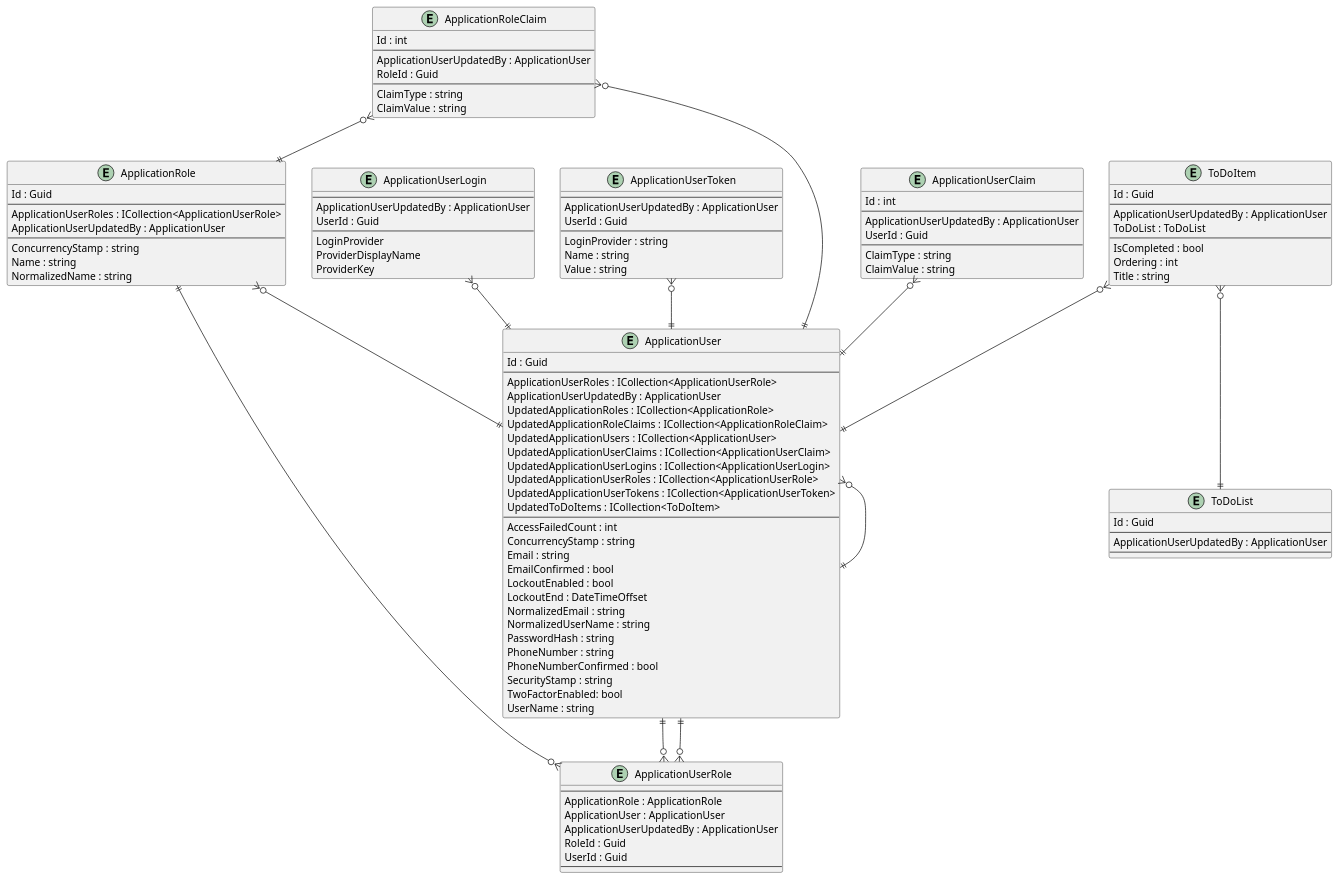
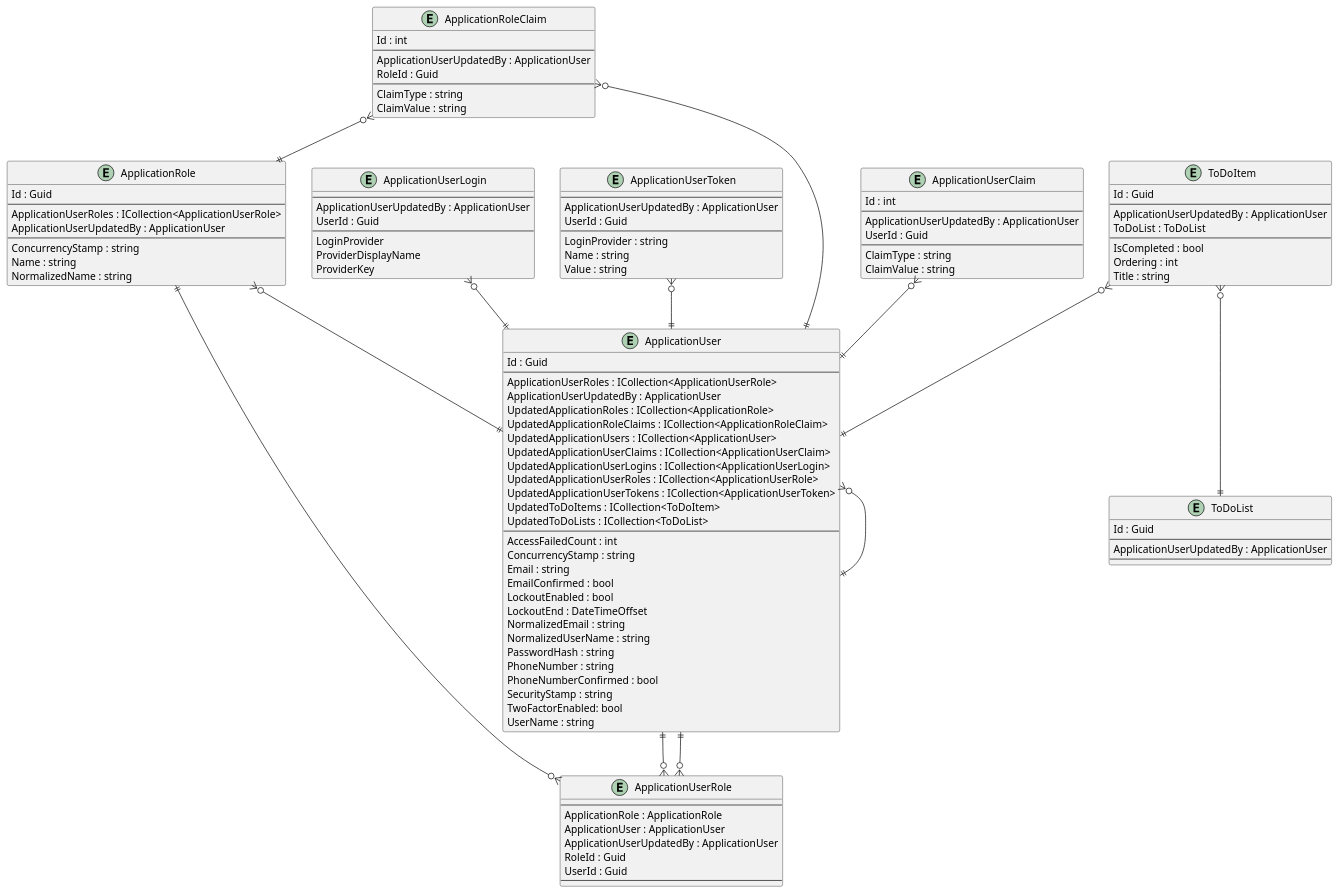
Before and after one commit to intrepion/intrepion_to-do_web_blazor: the diagram in .docs/Intrepion.ToDo.pu, drawn with PlantUML.

Commit message:
gawk -i inplace "{ gsub(/' ApplicationUserKeyCodePlaceholder/, \"UpdatedToDoLists : ICollection<ToDoList>\n\ \ \ \ ' ApplicationUserKeyCodePlaceholder\") }; { print }" .docs/Intrepion.ToDo.pu

```diff
--- a/.docs/Intrepion.ToDo.pu
+++ b/.docs/Intrepion.ToDo.pu
@@ -1,134 +1,135 @@
 @startuml
 
 entity ApplicationRole {
     Id : Guid
     --
     ApplicationUserRoles : ICollection<ApplicationUserRole>
     ApplicationUserUpdatedBy : ApplicationUser
     --
     ConcurrencyStamp : string
     Name : string
     NormalizedName : string
 }
 
 entity ApplicationRoleClaim {
     Id : int
     --
     ApplicationUserUpdatedBy : ApplicationUser
     RoleId : Guid
     --
     ClaimType : string
     ClaimValue : string
 }
 
 entity ApplicationUser {
     Id : Guid
     --
     ApplicationUserRoles : ICollection<ApplicationUserRole>
     ApplicationUserUpdatedBy : ApplicationUser
     UpdatedApplicationRoles : ICollection<ApplicationRole>
     UpdatedApplicationRoleClaims : ICollection<ApplicationRoleClaim>
     UpdatedApplicationUsers : ICollection<ApplicationUser>
     UpdatedApplicationUserClaims : ICollection<ApplicationUserClaim>
     UpdatedApplicationUserLogins : ICollection<ApplicationUserLogin>
     UpdatedApplicationUserRoles : ICollection<ApplicationUserRole>
     UpdatedApplicationUserTokens : ICollection<ApplicationUserToken>
     UpdatedToDoItems : ICollection<ToDoItem>
+    UpdatedToDoLists : ICollection<ToDoList>
     ' ApplicationUserKeyCodePlaceholder
     --
     AccessFailedCount : int
     ConcurrencyStamp : string
     Email : string
     EmailConfirmed : bool
     LockoutEnabled : bool
     LockoutEnd : DateTimeOffset
     NormalizedEmail : string
     NormalizedUserName : string
     PasswordHash : string
     PhoneNumber : string
     PhoneNumberConfirmed : bool
     SecurityStamp : string
     TwoFactorEnabled: bool
     UserName : string
 }
 
 entity ApplicationUserClaim {
     Id : int
     --
     ApplicationUserUpdatedBy : ApplicationUser
     UserId : Guid
     --
     ClaimType : string
     ClaimValue : string
 }
 
 entity ApplicationUserLogin {
     --
     ApplicationUserUpdatedBy : ApplicationUser
     UserId : Guid
     --
     LoginProvider
     ProviderDisplayName
     ProviderKey
 }
 
 entity ApplicationUserRole {
     --
     ApplicationRole : ApplicationRole
     ApplicationUser : ApplicationUser
     ApplicationUserUpdatedBy : ApplicationUser
     RoleId : Guid
     UserId : Guid
     --
 }
 
 entity ApplicationUserToken {
     --
     ApplicationUserUpdatedBy : ApplicationUser
     UserId : Guid
     --
     LoginProvider : string
     Name : string
     Value : string
 }
 
 entity ToDoItem {
     Id : Guid
     --
     ApplicationUserUpdatedBy : ApplicationUser
     ToDoList : ToDoList
     ' ToDoItemKeyCodePlaceholder
     --
     IsCompleted : bool
     Ordering : int
     Title : string
     ' ToDoItemPropertyCodePlaceholder
 }
 
 entity ToDoList {
     Id : Guid
     --
     ApplicationUserUpdatedBy : ApplicationUser
     ' ToDoListKeyCodePlaceholder
     --
     ' ToDoListPropertyCodePlaceholder
 }
 
 ' EntityCodePlaceholder
 
 ApplicationRole ||--o{ ApplicationUserRole
 ApplicationRole }o--|| ApplicationUser
 ApplicationRoleClaim }o--|| ApplicationRole
 ApplicationRoleClaim }o--|| ApplicationUser
 ApplicationUser }o--|| ApplicationUser
 ApplicationUser ||--o{ ApplicationUserRole
 ApplicationUserClaim }o--|| ApplicationUser
 ApplicationUserLogin }o--|| ApplicationUser
 ApplicationUserRole }o--|| ApplicationUser
 ApplicationUserToken }o--|| ApplicationUser
 
 ToDoItem }o--|| ApplicationUser
 ToDoItem }o--|| ToDoList
 ' RelationshipCodePlaceholder
 
 @enduml
```
